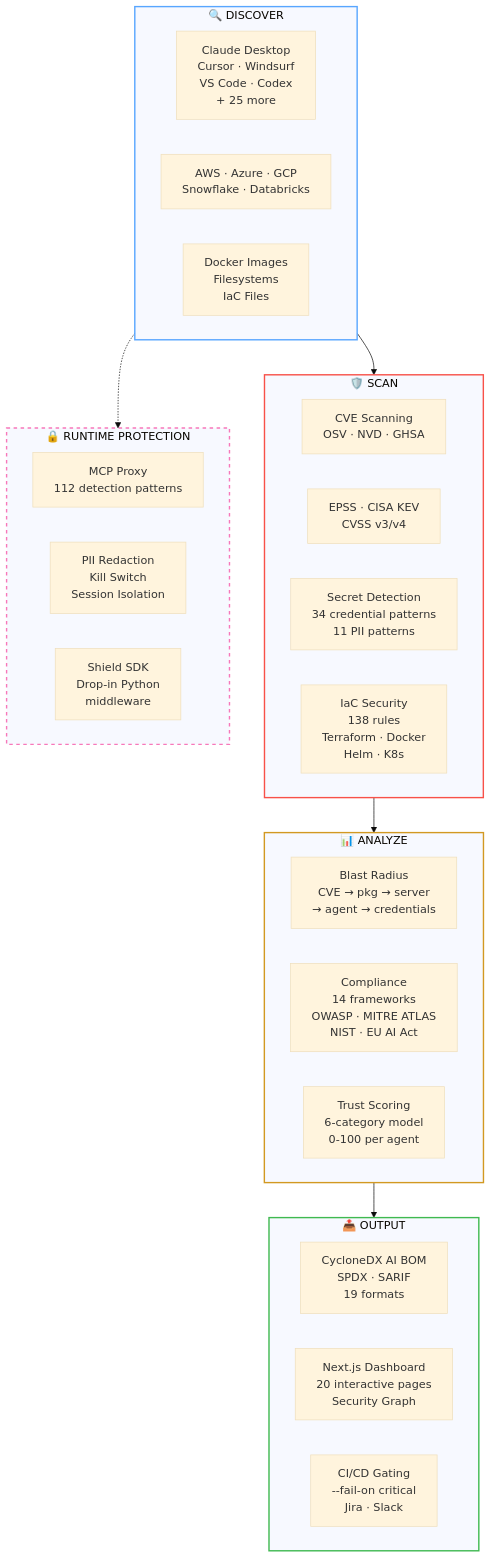
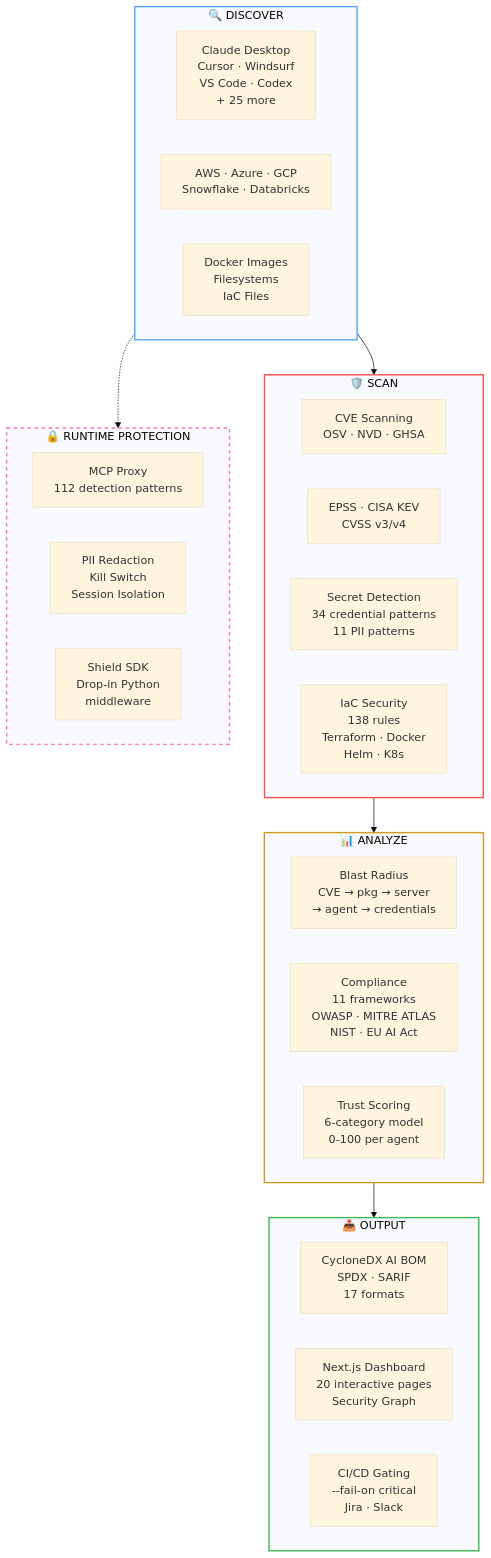
Before and after one commit to msaad00/agent-bom: the first of 4 diagrams in README.md, drawn with Mermaid (base theme). The commit also changed other lines of this file and 30 other files, not shown here.

````diff
--- a/README.md
+++ b/README.md
@@ -107,47 +107,47 @@
 ```mermaid
 flowchart TB
     subgraph DISCOVER["🔍 DISCOVER"]
         direction LR
         D1["Claude Desktop\nCursor · Windsurf\nVS Code · Codex\n+ 25 more"]
         D2["AWS · Azure · GCP\nSnowflake · Databricks"]
         D3["Docker Images\nFilesystems\nIaC Files"]
     end
 
     subgraph SCAN["🛡️ SCAN"]
         direction LR
         S1["CVE Scanning\nOSV · NVD · GHSA"]
         S2["EPSS · CISA KEV\nCVSS v3/v4"]
         S3["Secret Detection\n34 credential patterns\n11 PII patterns"]
         S4["IaC Security\n138 rules\nTerraform · Docker\nHelm · K8s"]
     end
 
     subgraph ANALYZE["📊 ANALYZE"]
         direction LR
         A1["Blast Radius\nCVE → pkg → server\n→ agent → credentials"]
-        A2["Compliance\n14 frameworks\nOWASP · MITRE ATLAS\nNIST · EU AI Act"]
+        A2["Compliance\n11 frameworks\nOWASP · MITRE ATLAS\nNIST · EU AI Act"]
         A3["Trust Scoring\n6-category model\n0-100 per agent"]
     end
 
     subgraph OUTPUT["📤 OUTPUT"]
         direction LR
-        O1["CycloneDX AI BOM\nSPDX · SARIF\n19 formats"]
+        O1["CycloneDX AI BOM\nSPDX · SARIF\n17 formats"]
         O2["Next.js Dashboard\n20 interactive pages\nSecurity Graph"]
         O3["CI/CD Gating\n--fail-on critical\nJira · Slack"]
     end
 
     subgraph PROTECT["🔒 RUNTIME PROTECTION"]
         direction LR
         P1["MCP Proxy\n112 detection patterns"]
         P2["PII Redaction\nKill Switch\nSession Isolation"]
         P3["Shield SDK\nDrop-in Python\nmiddleware"]
     end
 
     DISCOVER --> SCAN --> ANALYZE --> OUTPUT
     DISCOVER -.-> PROTECT
 
     style DISCOVER stroke:#58a6ff,stroke-width:2px
     style SCAN stroke:#f85149,stroke-width:2px
     style ANALYZE stroke:#d29922,stroke-width:2px
     style OUTPUT stroke:#3fb950,stroke-width:2px
     style PROTECT stroke:#f778ba,stroke-width:2px,stroke-dasharray: 5 5
 ```
````
